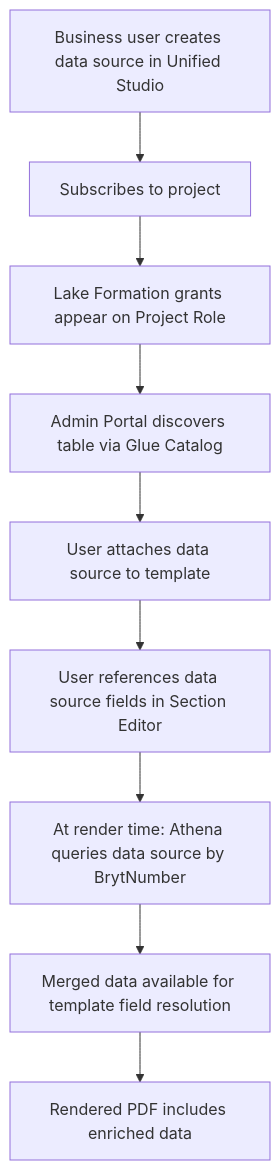
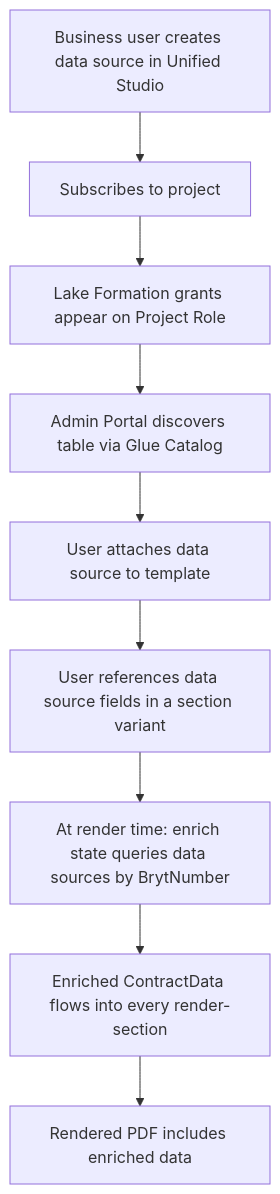
One commit to MartinWhippD55/d55-analysis changed the first of 2 diagrams in .kiro/specs/contract-note-data-source-extensibility/design.md. Above: the diagram before and after it, drawn with Mermaid. The commit also changed other lines of this file and 3 other files, not shown here.

````diff
--- a/.kiro/specs/contract-note-data-source-extensibility/design.md
+++ b/.kiro/specs/contract-note-data-source-extensibility/design.md
@@ -18,11 +50,11 @@
 ```mermaid
 flowchart TD
     A[Business user creates data source in Unified Studio] --> B[Subscribes to project]
     B --> C[Lake Formation grants appear on Project Role]
     C --> D[Admin Portal discovers table via Glue Catalog]
     D --> E[User attaches data source to template]
-    E --> F[User references data source fields in Section Editor]
-    F --> G[At render time: Athena queries data source by BrytNumber]
-    G --> H[Merged data available for template field resolution]
+    E --> F[User references data source fields in a section variant]
+    F --> G[At render time: enrich state queries data sources by BrytNumber]
+    G --> H[Enriched ContractData flows into every render-section]
     H --> I[Rendered PDF includes enriched data]
 ```
````
